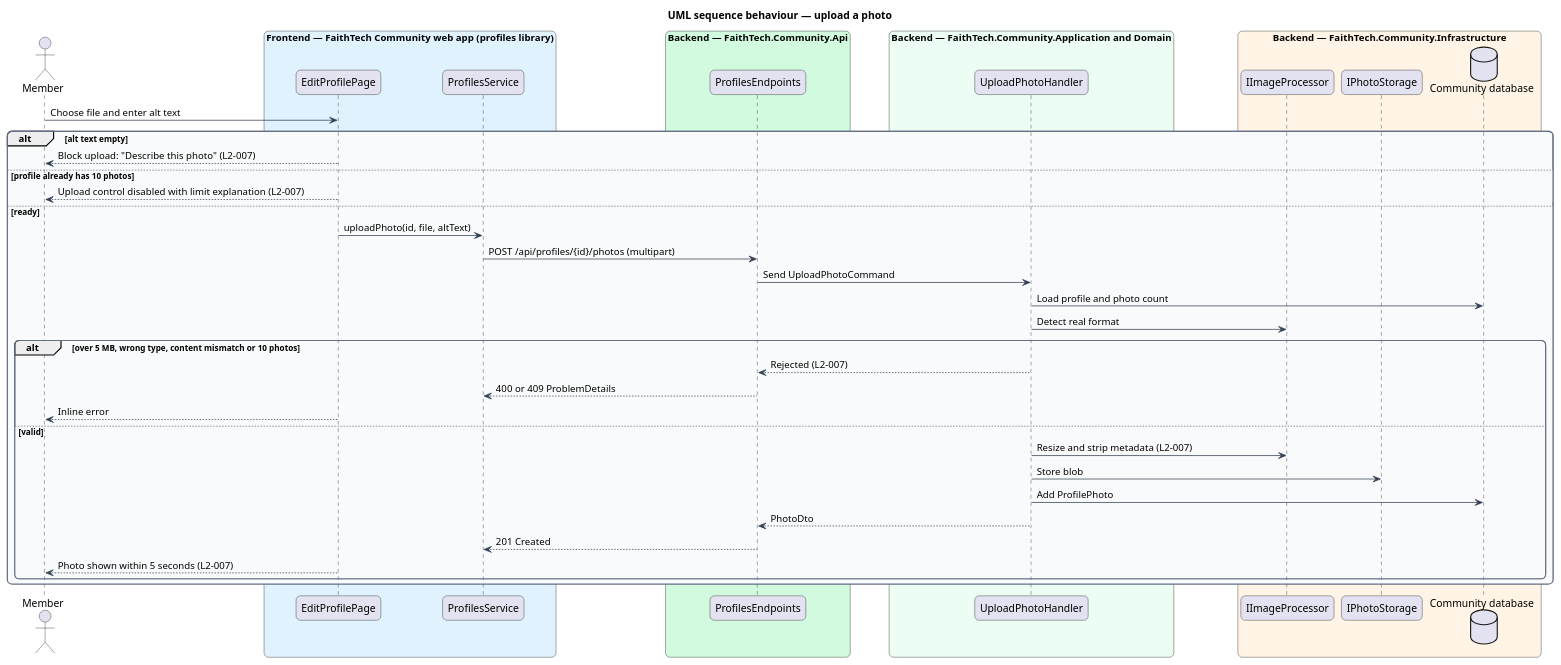
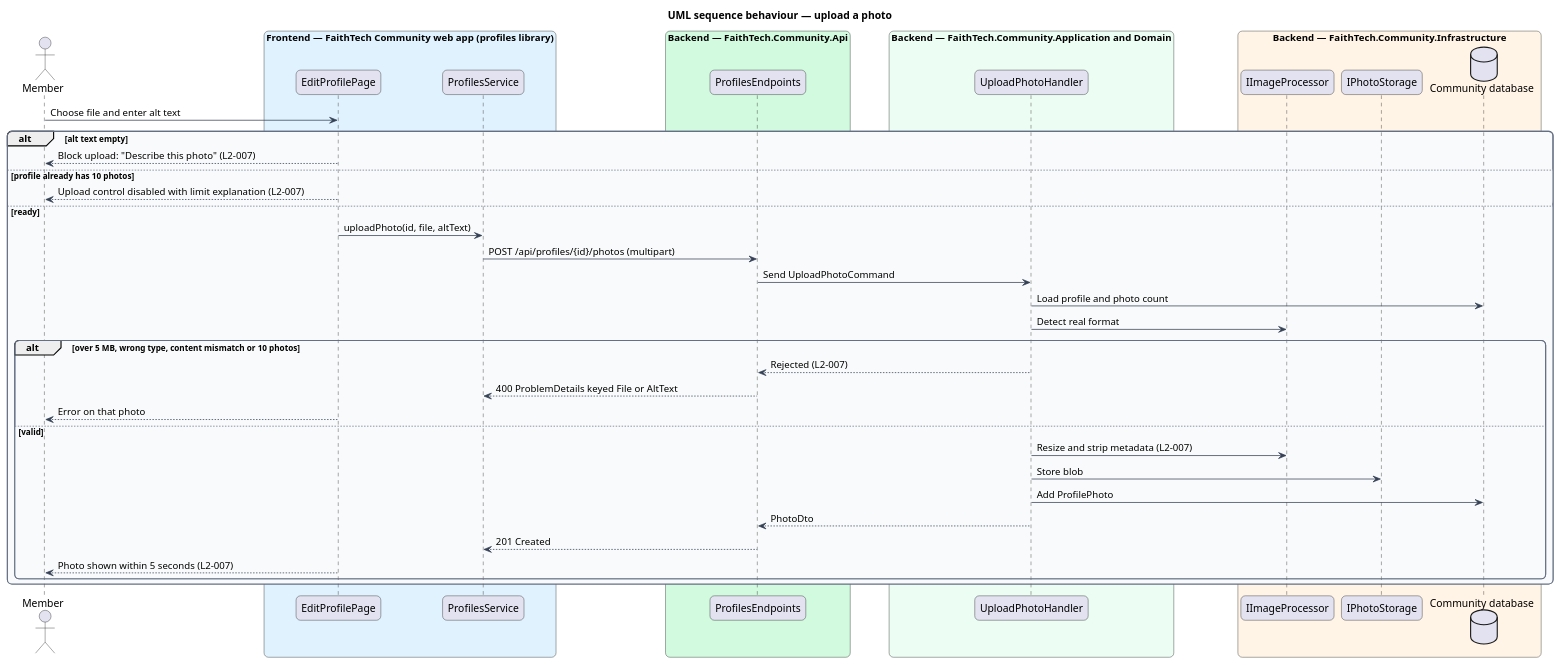
The diagram in docs/detailed-designs/profiles/manage-profile-photos/diagrams/sequence-upload-photo.puml (QuinntyneBrown/faithtech-community), drawn with PlantUML before and after one commit. The commit also changed 12 other files, not shown here.

First line of the commit message:
Align the profile designs, diagrams, scaffold notes and estimates

```diff
--- a/docs/detailed-designs/profiles/manage-profile-photos/diagrams/sequence-upload-photo.puml
+++ b/docs/detailed-designs/profiles/manage-profile-photos/diagrams/sequence-upload-photo.puml
@@ -1,57 +1,57 @@
 @startuml
 title UML sequence behaviour — upload a photo
 skinparam backgroundColor #FFFFFF
 skinparam shadowing false
 skinparam roundcorner 12
 skinparam defaultFontName Arial
 skinparam ArrowColor #344054
 skinparam rectangle {
   BorderColor #344054
   FontColor #101828
 }
 skinparam package {
   BorderColor #667085
   FontColor #101828
   BackgroundColor #F9FAFB
 }
 actor "Member" as actor
 box "Frontend — FaithTech Community web app (profiles library)" #E0F2FE
   participant "EditProfilePage" as page
   participant "ProfilesService" as client
 end box
 box "Backend — FaithTech.Community.Api" #D1FADF
   participant "ProfilesEndpoints" as ep
 end box
 box "Backend — FaithTech.Community.Application and Domain" #ECFDF3
   participant "UploadPhotoHandler" as h
 end box
 box "Backend — FaithTech.Community.Infrastructure" #FFF4E5
   participant "IImageProcessor" as ip
   participant "IPhotoStorage" as ps
   database "Community database" as db
 end box
 actor -> page : Choose file and enter alt text
 alt alt text empty
   page --> actor : Block upload: "Describe this photo" (L2-007)
 else profile already has 10 photos
   page --> actor : Upload control disabled with limit explanation (L2-007)
 else ready
   page -> client : uploadPhoto(id, file, altText)
   client -> ep : POST /api/profiles/{id}/photos (multipart)
   ep -> h : Send UploadPhotoCommand
   h -> db : Load profile and photo count
   h -> ip : Detect real format
   alt over 5 MB, wrong type, content mismatch or 10 photos
     h --> ep : Rejected (L2-007)
-    ep --> client : 400 or 409 ProblemDetails
-    page --> actor : Inline error
+    ep --> client : 400 ProblemDetails keyed File or AltText
+    page --> actor : Error on that photo
   else valid
     h -> ip : Resize and strip metadata (L2-007)
     h -> ps : Store blob
     h -> db : Add ProfilePhoto
     h --> ep : PhotoDto
     ep --> client : 201 Created
     page --> actor : Photo shown within 5 seconds (L2-007)
   end
 end
 @enduml
```
